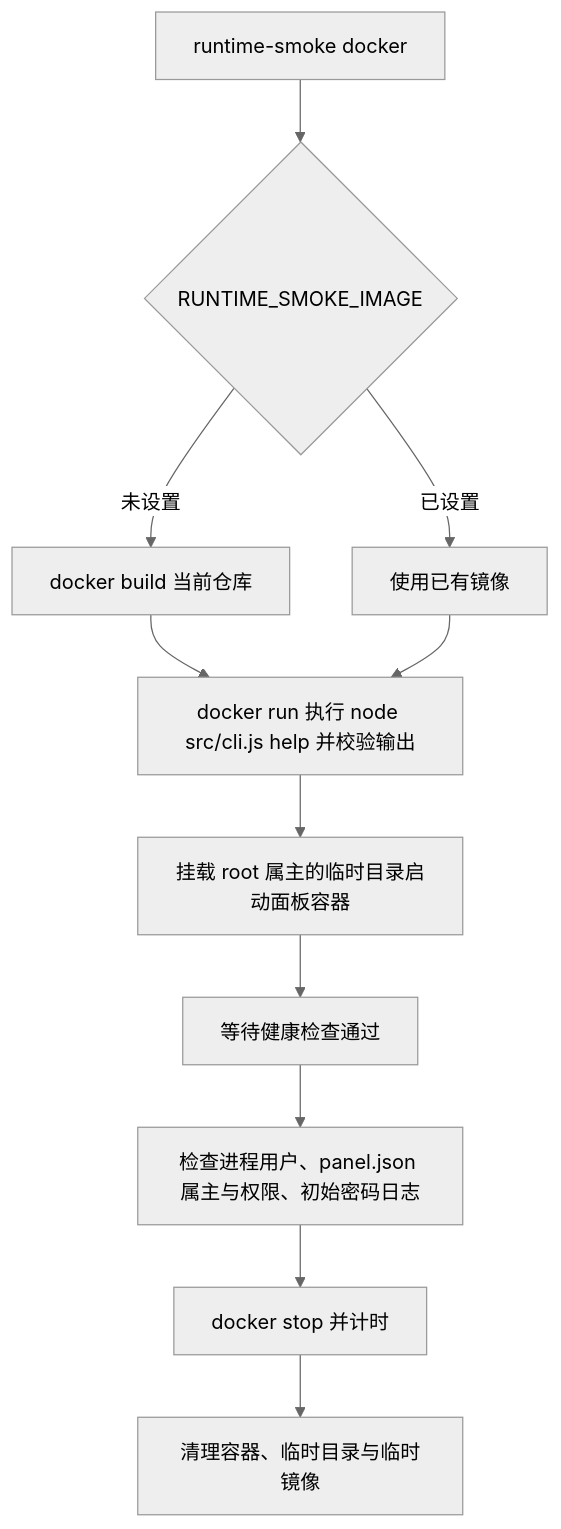
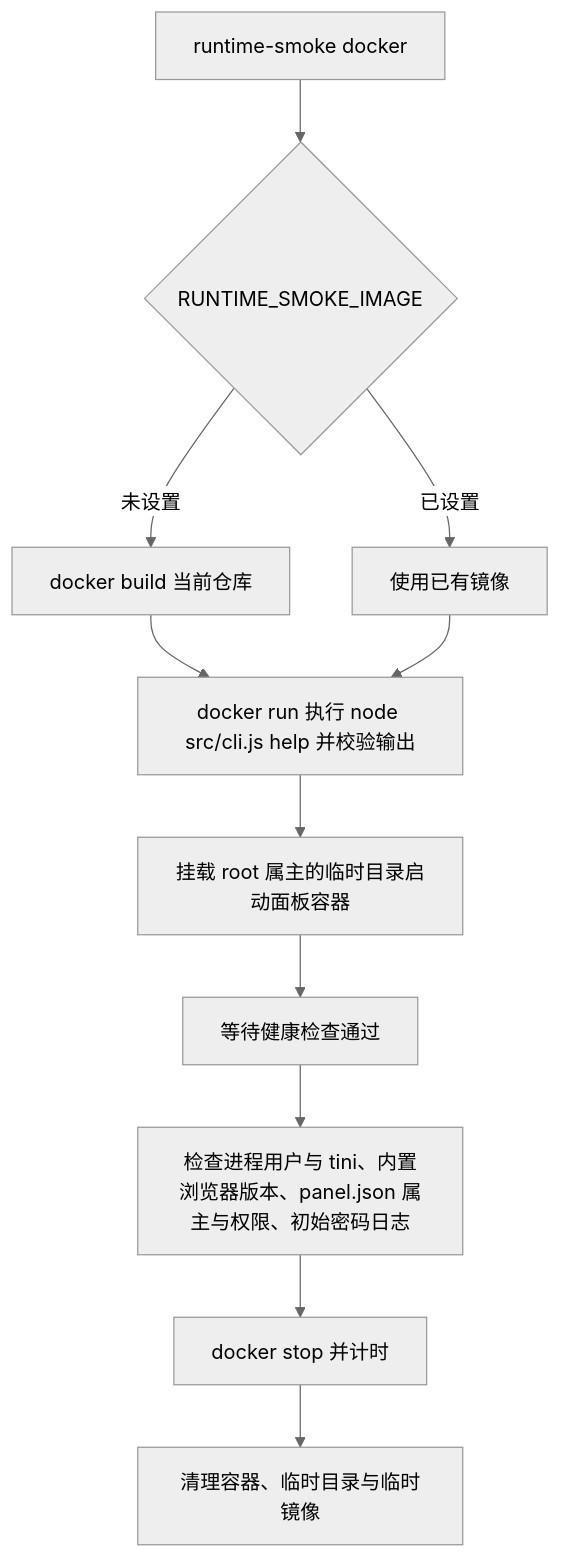
The diagram in docs/runtime-smoke.md (lonemoonspace/Weread-Assistant), drawn with Mermaid (neutral theme) before and after one commit. The commit also changed other lines of this file and 32 other files, not shown here.

````diff
--- a/docs/runtime-smoke.md
+++ b/docs/runtime-smoke.md
@@ -11,13 +11,13 @@
 ```mermaid
 flowchart TD
   A[runtime-smoke docker] --> B{RUNTIME_SMOKE_IMAGE}
   B -->|未设置| C[docker build 当前仓库]
   B -->|已设置| D[使用已有镜像]
   C --> E[docker run 执行 node src/cli.js help 并校验输出]
   D --> E
   E --> F[挂载 root 属主的临时目录启动面板容器]
   F --> G[等待健康检查通过]
-  G --> H[检查进程用户、panel.json 属主与权限、初始密码日志]
+  G --> H[检查进程用户与 tini、内置浏览器版本、panel.json 属主与权限、初始密码日志]
   H --> I[docker stop 并计时]
   I --> J[清理容器、临时目录与临时镜像]
 ```
````
